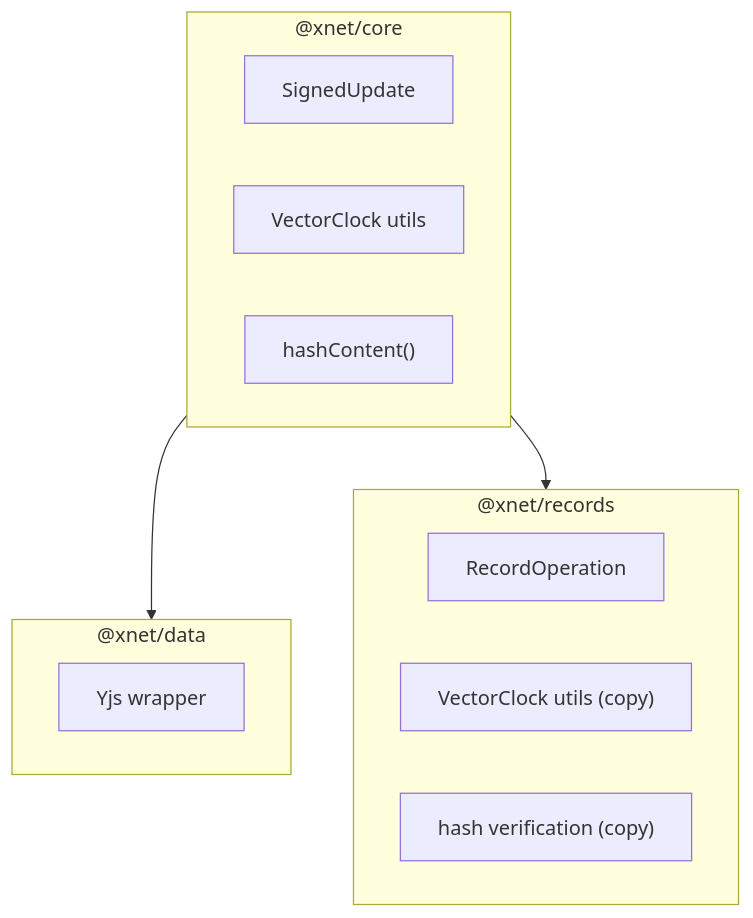
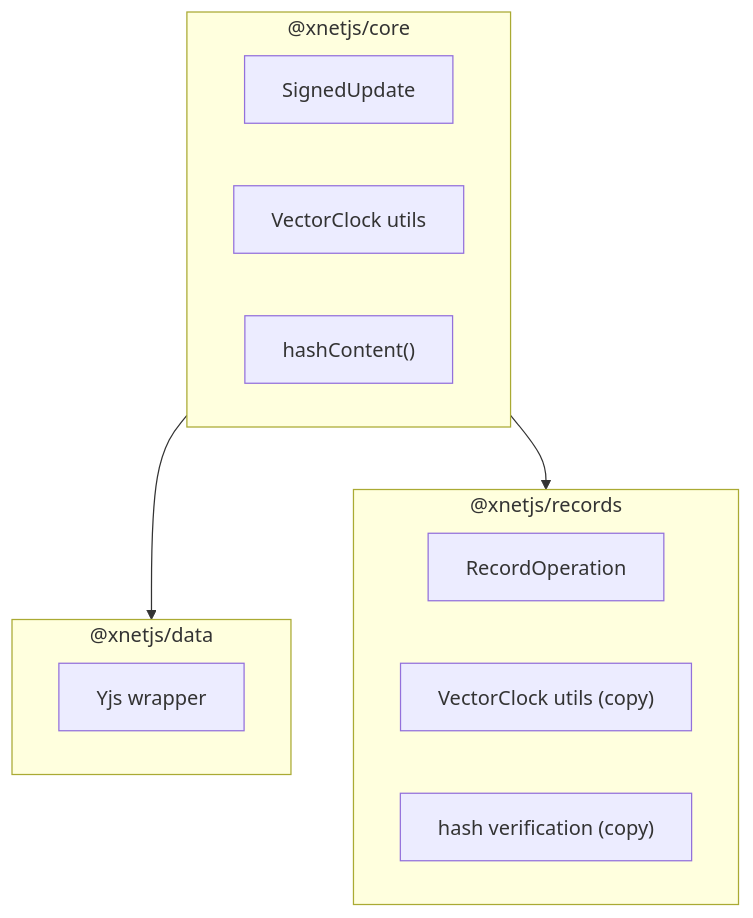
The second of 4 diagrams in docs/plans/plan02_1DataModelConsolidation/00-overview.md (crs48/xNet), drawn with Mermaid before and after one commit. The commit also changed other lines of this file and 980 other files, not shown here.

````diff
--- a/docs/plans/plan02_1DataModelConsolidation/00-overview.md
+++ b/docs/plans/plan02_1DataModelConsolidation/00-overview.md
@@ -110,21 +110,21 @@
 ```mermaid
 flowchart TD
-    subgraph core["@xnet/core"]
+    subgraph core["@xnetjs/core"]
         SIGNED["SignedUpdate"]
         CLOCK1["VectorClock utils"]
         HASH1["hashContent()"]
     end
 
-    subgraph data["@xnet/data"]
+    subgraph data["@xnetjs/data"]
         YJS["Yjs wrapper"]
     end
 
-    subgraph records["@xnet/records"]
+    subgraph records["@xnetjs/records"]
         RECOP["RecordOperation"]
         CLOCK2["VectorClock utils (copy)"]
         HASH2["hash verification (copy)"]
     end
 
     core --> data
     core --> records
 ```
````
